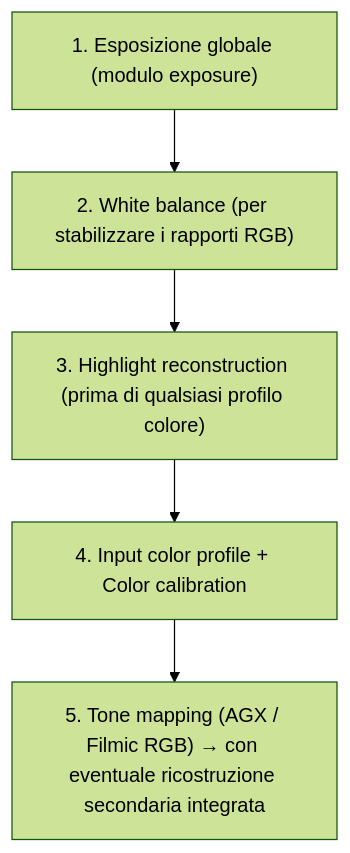
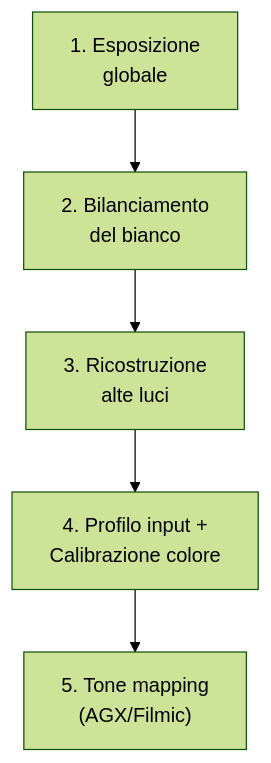
One commit to lorenzoperone/darktable-docs changed the diagram in docs/modules/highlight-reconstruction.md. Above: the diagram before and after it, drawn with Mermaid (forest theme). The commit also changed 40 other files, not shown here.

First line of the commit message:
fix: reformatta diagrammi Mermaid — etichette brevi, break line, italiano

````diff
--- a/docs/modules/highlight-reconstruction.md
+++ b/docs/modules/highlight-reconstruction.md
@@ -29,4 +29,4 @@
 ```mermaid
 flowchart TD
-    A["1. Esposizione globale (modulo exposure)"] --> B["2. White balance (per stabilizzare i rapporti RGB)"] --> C["3. Highlight reconstruction (prima di qualsiasi profilo colore)"] --> D["4. Input color profile + Color calibration"] --> E["5. Tone mapping (AGX / Filmic RGB) → con eventuale ricostruzione secondaria integrata"]
+    A["1. Esposizione<br/>globale"] --> B["2. Bilanciamento<br/>del bianco"] --> C["3. Ricostruzione<br/>alte luci"] --> D["4. Profilo input +<br/>Calibrazione colore"] --> E["5. Tone mapping<br/>(AGX/Filmic)"]
 ```
````
